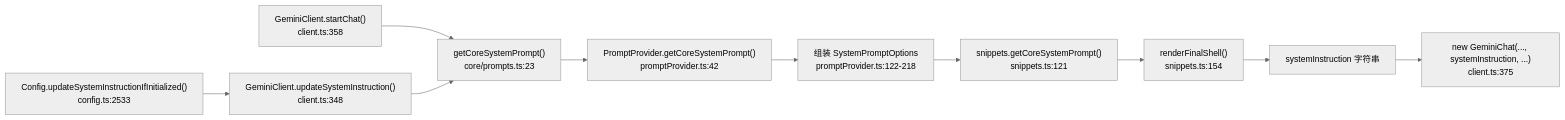
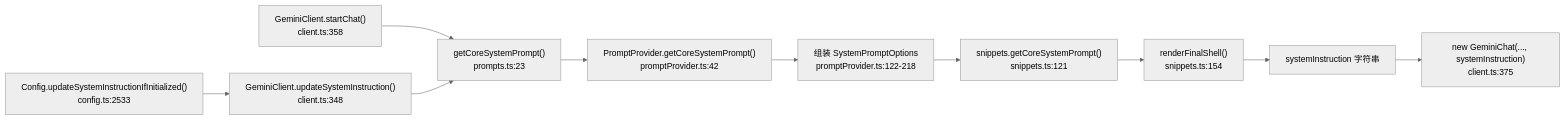
One commit to feuyeux/hello-olleh changed the third of 6 diagrams in hello-gemini-cli/03-agent-loop.md. Above: the diagram before and after it, drawn with Mermaid. The commit also changed other lines of this file and 120 other files, not shown here.

````diff
--- a/hello-gemini-cli/03-agent-loop.md
+++ b/hello-gemini-cli/03-agent-loop.md
@@ -179,13 +135,13 @@
 ```mermaid
 %%{init: {'theme': 'neutral'}}%%
 flowchart LR
-    A["GeminiClient.startChat()<br/>client.ts:358"] --> B["getCoreSystemPrompt()<br/>core/prompts.ts:23"]
+    A["GeminiClient.startChat()<br/>client.ts:358"] --> B["getCoreSystemPrompt()<br/>prompts.ts:23"]
     B --> C["PromptProvider.getCoreSystemPrompt()<br/>promptProvider.ts:42"]
     C --> D["组装 SystemPromptOptions<br/>promptProvider.ts:122-218"]
     D --> E["snippets.getCoreSystemPrompt()<br/>snippets.ts:121"]
     E --> F["renderFinalShell()<br/>snippets.ts:154"]
     F --> G["systemInstruction 字符串"]
-    G --> H["new GeminiChat(..., systemInstruction, ...)<br/>client.ts:375"]
+    G --> H["new GeminiChat(..., systemInstruction)<br/>client.ts:375"]
     I["Config.updateSystemInstructionIfInitialized()<br/>config.ts:2533"] --> J["GeminiClient.updateSystemInstruction()<br/>client.ts:348"]
     J --> B
 ```
````
